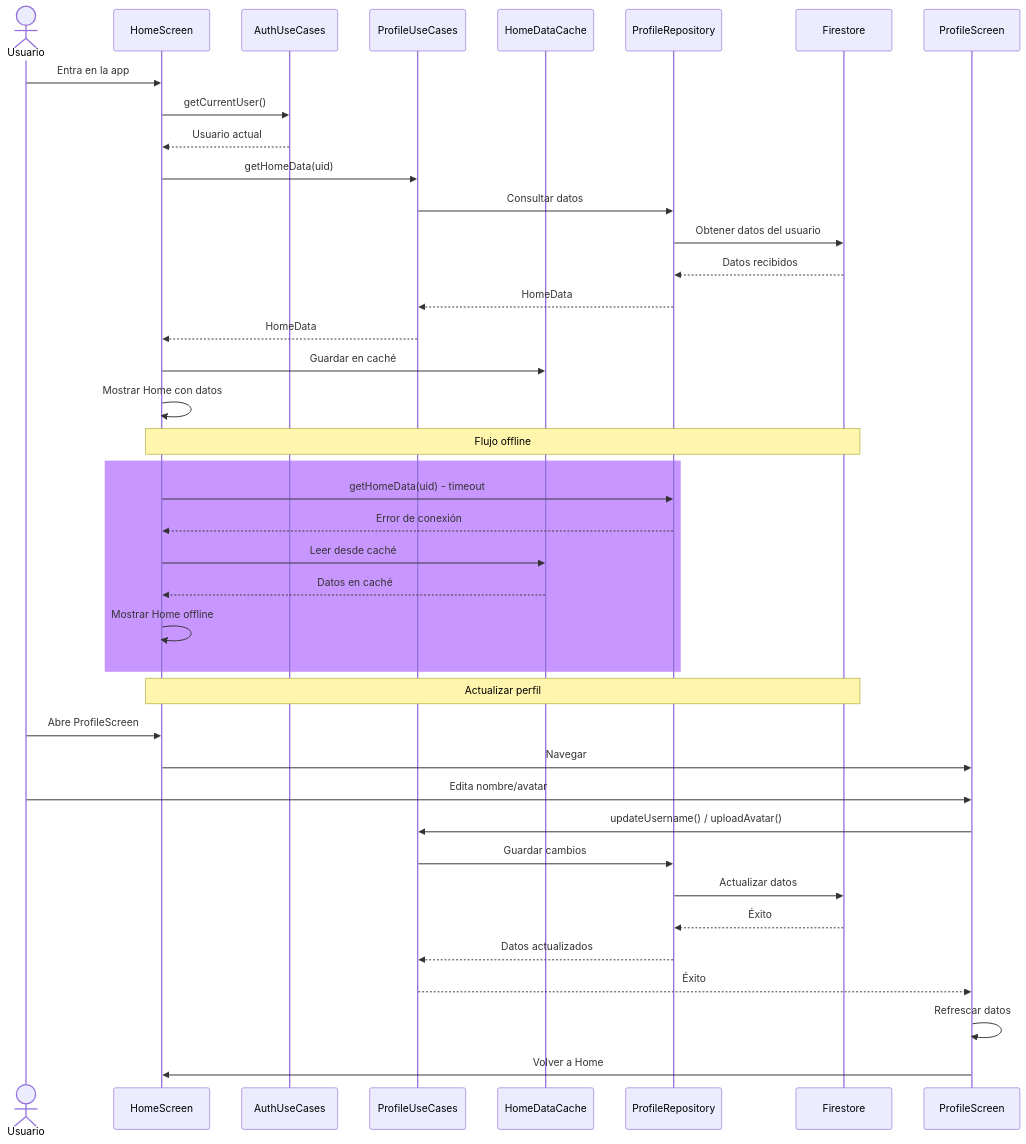
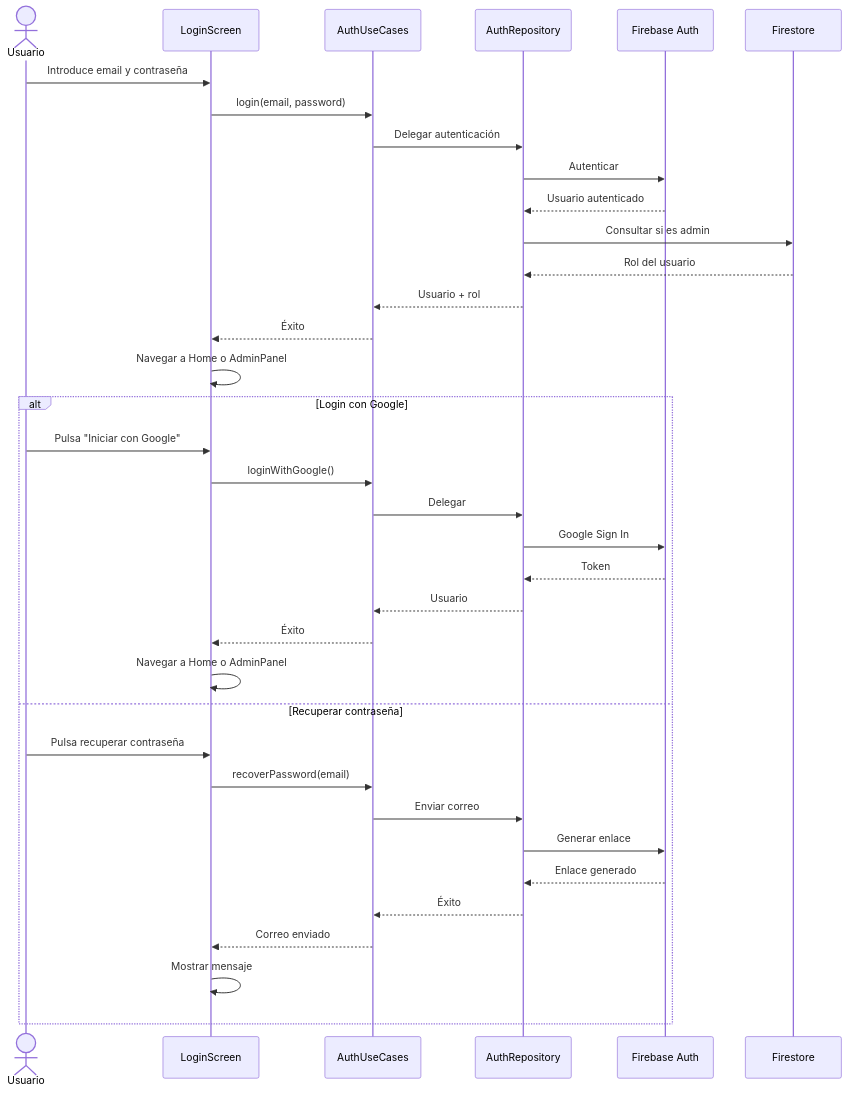
One commit to TurisTechTeam-Dev/rutexgo-assets changed the first of 7 diagrams in diagrama.md. Above: the diagram before and after it, drawn with Mermaid.

````diff
--- a/diagrama.md
+++ b/diagrama.md
@@ -1,44 +1,40 @@
 ```mermaid
 sequenceDiagram
     actor Usuario
-    participant HomeScreen
+    participant LoginScreen
     participant AuthUseCases
-    participant ProfileUseCases
-    participant HomeDataCache
-    participant ProfileRepository
+    participant AuthRepository
+    participant Firebase Auth
     participant Firestore
 
-    Usuario->>HomeScreen: Entra en la app
-    HomeScreen->>AuthUseCases: getCurrentUser()
-    AuthUseCases-->>HomeScreen: Usuario actual
-    HomeScreen->>ProfileUseCases: getHomeData(uid)
-    ProfileUseCases->>ProfileRepository: Consultar datos
-    ProfileRepository->>Firestore: Obtener datos del usuario
-    Firestore-->>ProfileRepository: Datos recibidos
-    ProfileRepository-->>ProfileUseCases: HomeData
-    ProfileUseCases-->>HomeScreen: HomeData
-    HomeScreen->>HomeDataCache: Guardar en caché
-    HomeScreen->>HomeScreen: Mostrar Home con datos
+    Usuario->>LoginScreen: Introduce email y contraseña
+    LoginScreen->>AuthUseCases: login(email, password)
+    AuthUseCases->>AuthRepository: Delegar autenticación
+    AuthRepository->>Firebase Auth: Autenticar
+    Firebase Auth-->>AuthRepository: Usuario autenticado
+    AuthRepository->>Firestore: Consultar si es admin
+    Firestore-->>AuthRepository: Rol del usuario
+    AuthRepository-->>AuthUseCases: Usuario + rol
+    AuthUseCases-->>LoginScreen: Éxito
+    LoginScreen->>LoginScreen: Navegar a Home o AdminPanel
 
-    Note over HomeScreen,Firestore: Flujo offline
-    rect rgb(200, 150, 255)
-        HomeScreen->>ProfileRepository: getHomeData(uid) - timeout
-        ProfileRepository-->>HomeScreen: Error de conexión
-        HomeScreen->>HomeDataCache: Leer desde caché
-        HomeDataCache-->>HomeScreen: Datos en caché
-        HomeScreen->>HomeScreen: Mostrar Home offline
+    alt Login con Google
+        Usuario->>LoginScreen: Pulsa "Iniciar con Google"
+        LoginScreen->>AuthUseCases: loginWithGoogle()
+        AuthUseCases->>AuthRepository: Delegar
+        AuthRepository->>Firebase Auth: Google Sign In
+        Firebase Auth-->>AuthRepository: Token
+        AuthRepository-->>AuthUseCases: Usuario
+        AuthUseCases-->>LoginScreen: Éxito
+        LoginScreen->>LoginScreen: Navegar a Home o AdminPanel
+    else Recuperar contraseña
+        Usuario->>LoginScreen: Pulsa recuperar contraseña
+        LoginScreen->>AuthUseCases: recoverPassword(email)
+        AuthUseCases->>AuthRepository: Enviar correo
+        AuthRepository->>Firebase Auth: Generar enlace
+        Firebase Auth-->>AuthRepository: Enlace generado
+        AuthRepository-->>AuthUseCases: Éxito
+        AuthUseCases-->>LoginScreen: Correo enviado
+        LoginScreen->>LoginScreen: Mostrar mensaje
     end
-
-    Note over HomeScreen,Firestore: Actualizar perfil
-    Usuario->>HomeScreen: Abre ProfileScreen
-    HomeScreen->>ProfileScreen: Navegar
-    Usuario->>ProfileScreen: Edita nombre/avatar
-    ProfileScreen->>ProfileUseCases: updateUsername() / uploadAvatar()
-    ProfileUseCases->>ProfileRepository: Guardar cambios
-    ProfileRepository->>Firestore: Actualizar datos
-    Firestore-->>ProfileRepository: Éxito
-    ProfileRepository-->>ProfileUseCases: Datos actualizados
-    ProfileUseCases-->>ProfileScreen: Éxito
-    ProfileScreen->>ProfileScreen: Refrescar datos
-    ProfileScreen->>HomeScreen: Volver a Home
 ```
````
